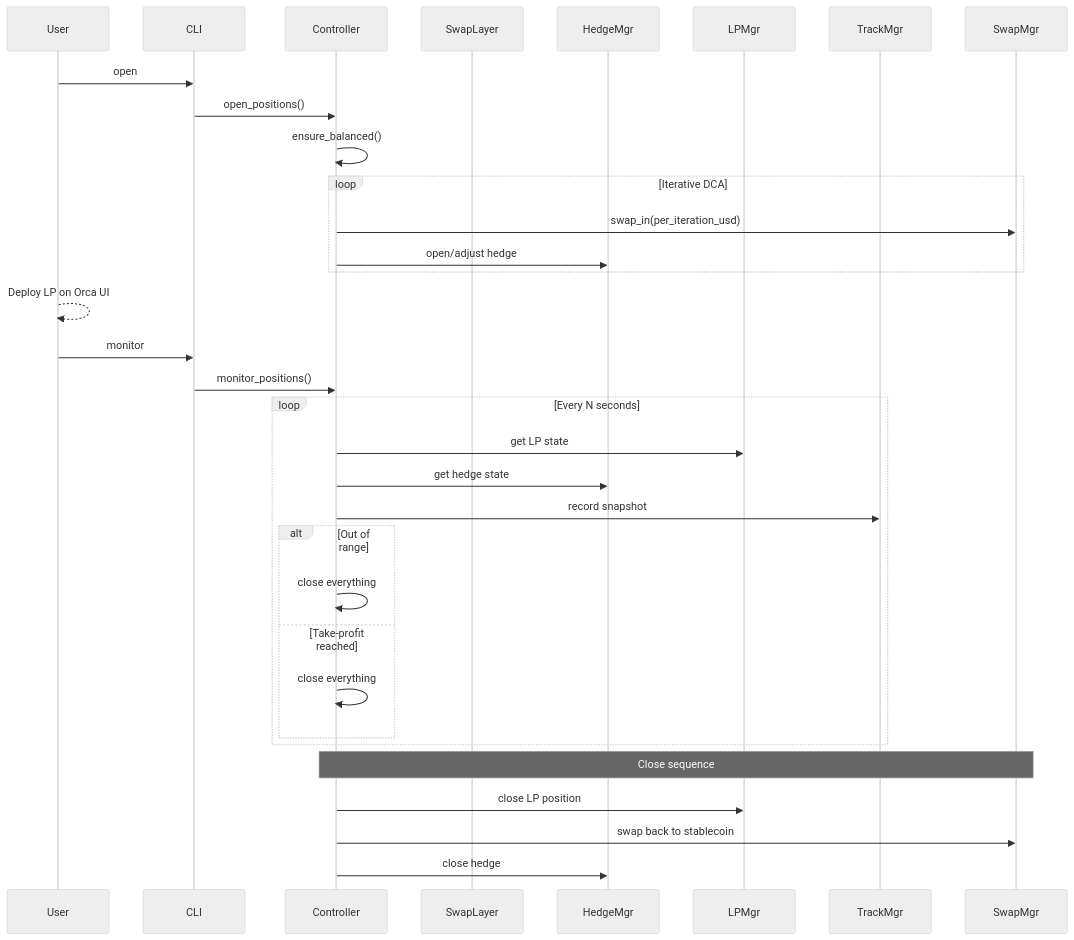
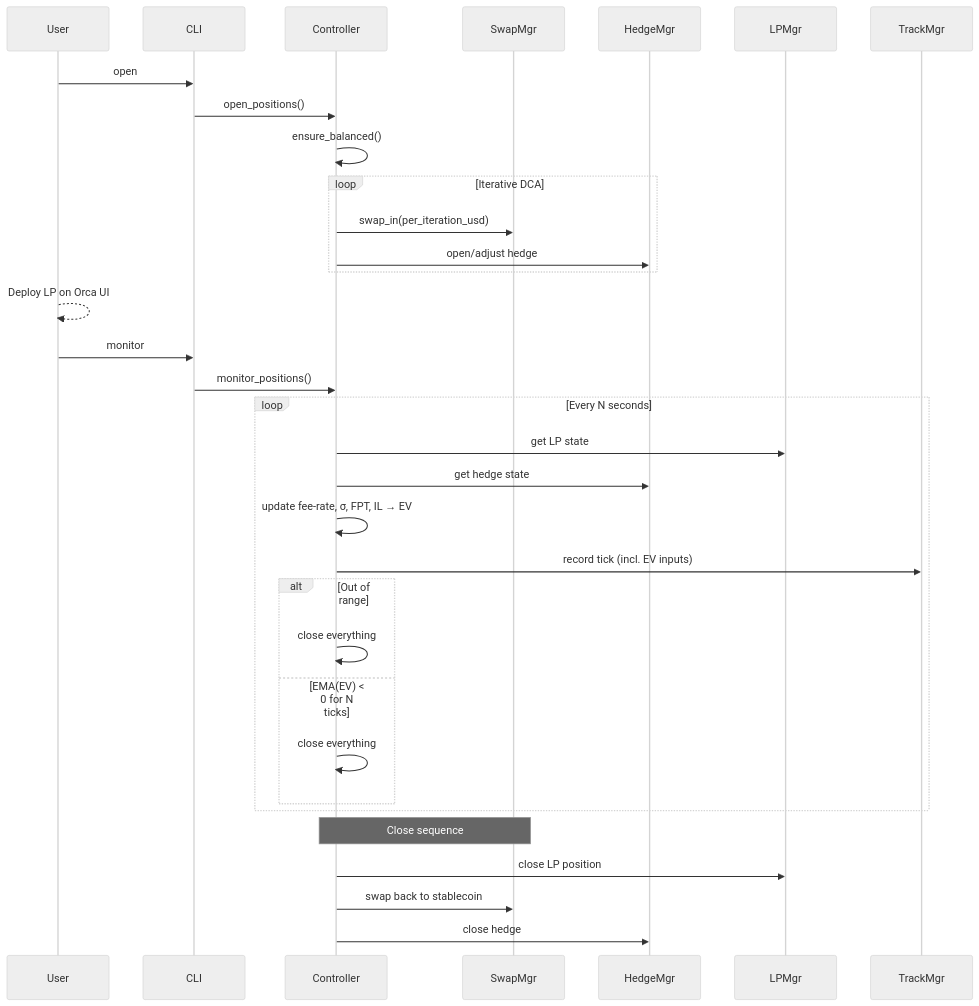
Before and after one commit to moratb/yield_guarden_showcase: the third of 3 diagrams in README.md, drawn with Mermaid (neutral theme). The commit also changed other lines of this file and 7 other files, not shown here.

````diff
--- a/README.md
+++ b/README.md
@@ -109,37 +188,38 @@
 ```mermaid
 sequenceDiagram
     participant User
     participant CLI
     participant Controller
-    participant SwapLayer
+    participant SwapMgr
     participant HedgeMgr
     participant LPMgr
     participant TrackMgr
 
     User->>CLI: open
     CLI->>Controller: open_positions()
     Controller->>Controller: ensure_balanced()
     loop Iterative DCA
         Controller->>SwapMgr: swap_in(per_iteration_usd)
         Controller->>HedgeMgr: open/adjust hedge
     end
     User-->>User: Deploy LP on Orca UI
 
     User->>CLI: monitor
     CLI->>Controller: monitor_positions()
     loop Every N seconds
         Controller->>LPMgr: get LP state
         Controller->>HedgeMgr: get hedge state
-        Controller->>TrackMgr: record snapshot
+        Controller->>Controller: update fee-rate, σ, FPT, IL → EV
+        Controller->>TrackMgr: record tick (incl. EV inputs)
         alt Out of range
             Controller->>Controller: close everything
-        else Take-profit reached
+        else EMA(EV) < 0 for N ticks
             Controller->>Controller: close everything
         end
     end
 
     Note over Controller,SwapMgr: Close sequence
     Controller->>LPMgr: close LP position
     Controller->>SwapMgr: swap back to stablecoin
     Controller->>HedgeMgr: close hedge
 ```
````
